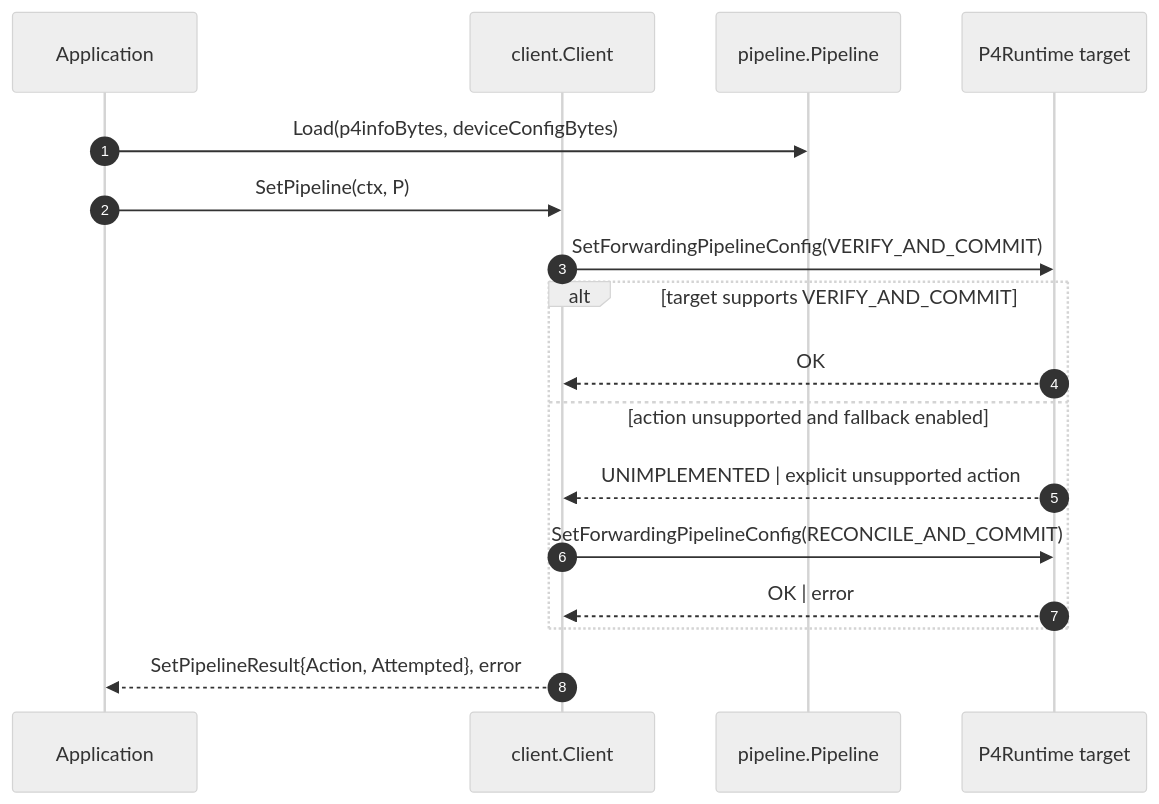
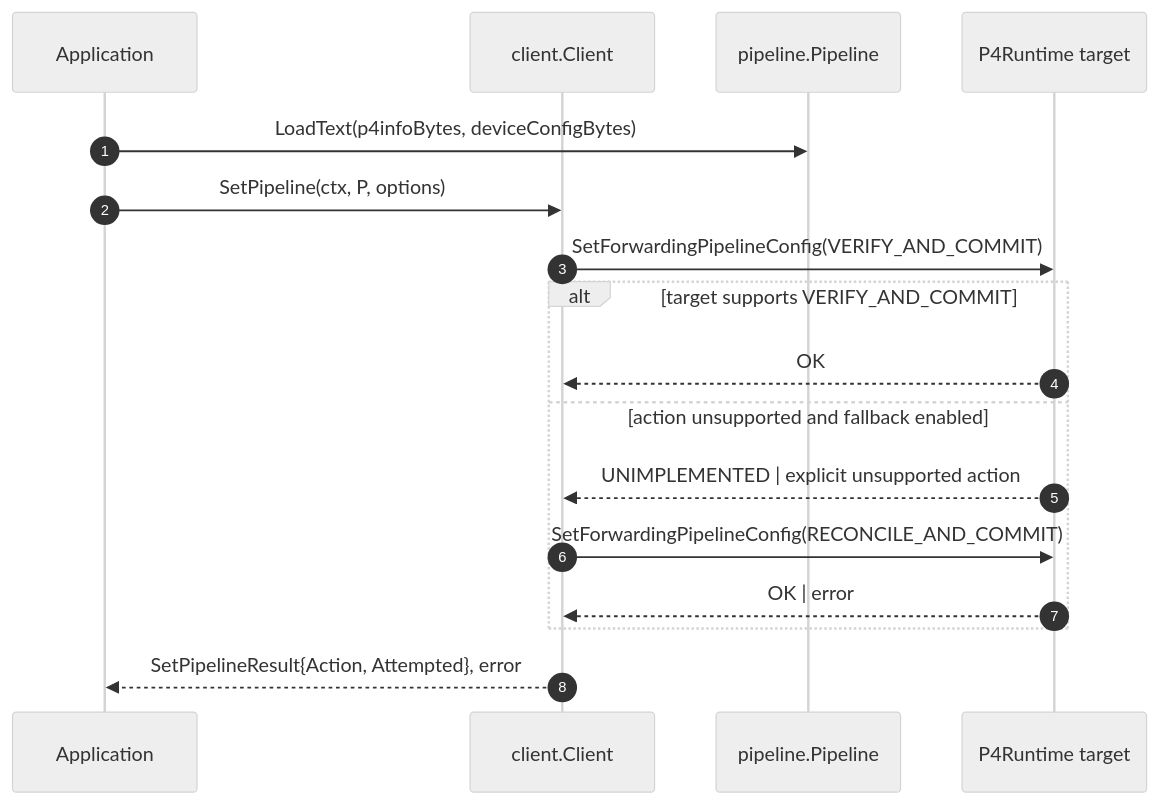
Before and after one commit to zhh2001/p4runtime-go-controller: the third of 5 diagrams in ARCHITECTURE.md, drawn with Mermaid (neutral theme). The commit also changed other lines of this file and 20 other files, not shown here.

````diff
--- a/ARCHITECTURE.md
+++ b/ARCHITECTURE.md
@@ -50,20 +50,20 @@
 ```mermaid
 sequenceDiagram
     autonumber
     participant App as Application
     participant C as client.Client
     participant P as pipeline.Pipeline
     participant T as P4Runtime target
 
-    App->>P: Load(p4infoBytes, deviceConfigBytes)
-    App->>C: SetPipeline(ctx, P)
+    App->>P: LoadText(p4infoBytes, deviceConfigBytes)
+    App->>C: SetPipeline(ctx, P, options)
     C->>T: SetForwardingPipelineConfig(VERIFY_AND_COMMIT)
     alt target supports VERIFY_AND_COMMIT
         T-->>C: OK
     else action unsupported and fallback enabled
         T-->>C: UNIMPLEMENTED | explicit unsupported action
         C->>T: SetForwardingPipelineConfig(RECONCILE_AND_COMMIT)
         T-->>C: OK | error
     end
     C-->>App: SetPipelineResult{Action, Attempted}, error
 ```
````
